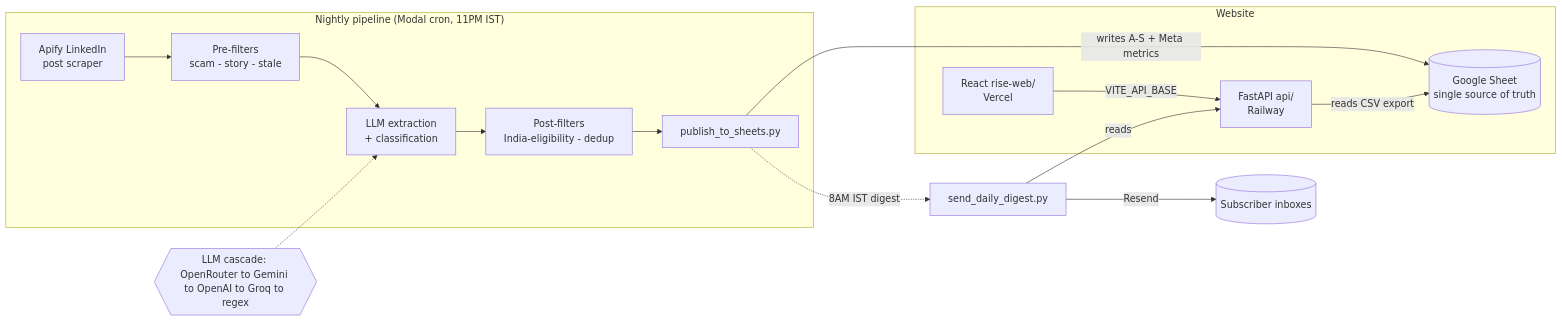
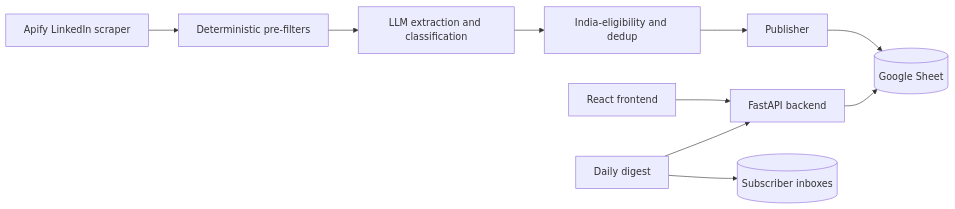
One commit to djain18/internship-automation-pipeline changed the diagram in README.md. Above: the diagram before and after it, drawn with Mermaid. The commit also changed other lines of this file, not shown here.

````diff
--- a/README.md
+++ b/README.md
@@ -19,21 +24,12 @@
 ```mermaid
 flowchart LR
-    subgraph Pipeline["Nightly pipeline (Modal cron, 11PM IST)"]
-        A[Apify LinkedIn<br/>post scraper] --> B[Pre-filters<br/>scam - story - stale]
-        B --> C[LLM extraction<br/>+ classification]
-        C --> D[Post-filters<br/>India-eligibility - dedup]
-        D --> E[publish_to_sheets.py]
-    end
-
-    E -->|writes A-S + Meta metrics| SHEET[(Google Sheet<br/>single source of truth)]
-
-    subgraph Web["Website"]
-        API[FastAPI api/<br/>Railway] -->|reads CSV export| SHEET
-        FE[React rise-web/<br/>Vercel] -->|VITE_API_BASE| API
-    end
-
-    E -.->|8AM IST digest| DIGEST[send_daily_digest.py] -->|Resend| MAIL[(Subscriber inboxes)]
-    DIGEST -->|reads| API
-
-    LLM{{"LLM cascade: OpenRouter to Gemini to OpenAI to Groq to regex"}} -.-> C
+    A[Apify LinkedIn scraper] --> B[Deterministic pre-filters]
+    B --> C[LLM extraction and classification]
+    C --> D[India-eligibility and dedup]
+    D --> E[Publisher]
+    E --> SHEET[(Google Sheet)]
+    API[FastAPI backend] --> SHEET
+    WEB[React frontend] --> API
+    DIGEST[Daily digest] --> API
+    DIGEST --> MAIL[(Subscriber inboxes)]
 ```
````
